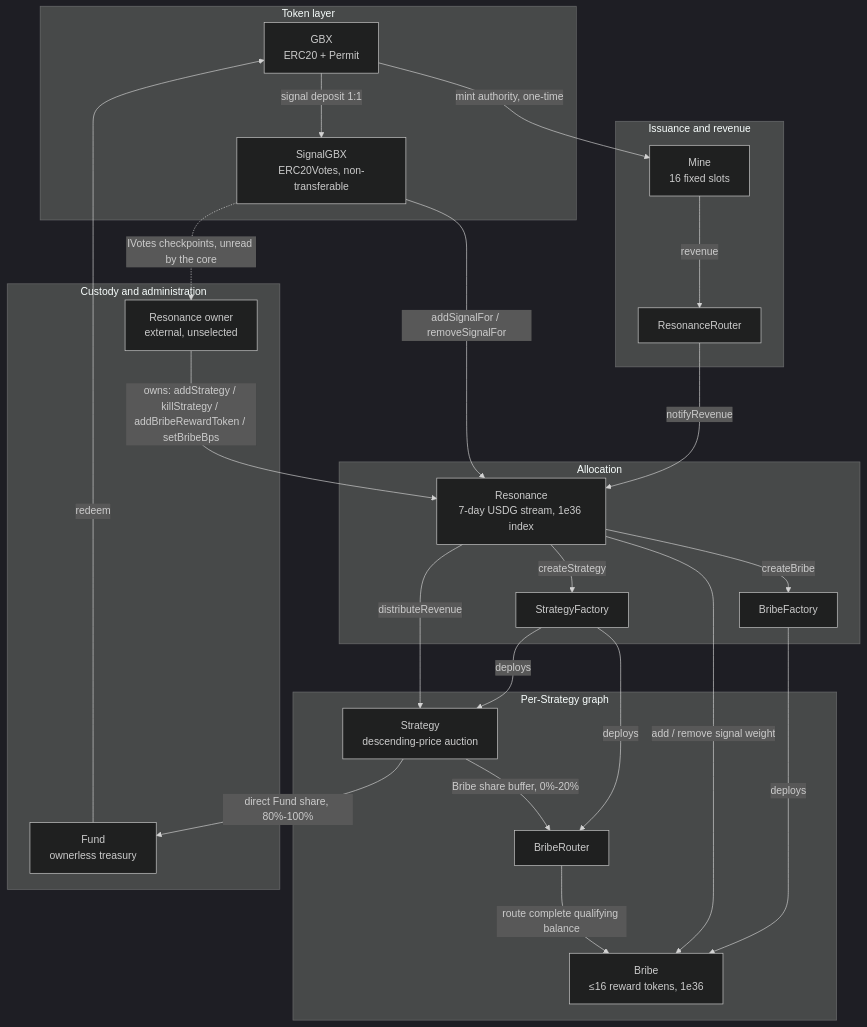
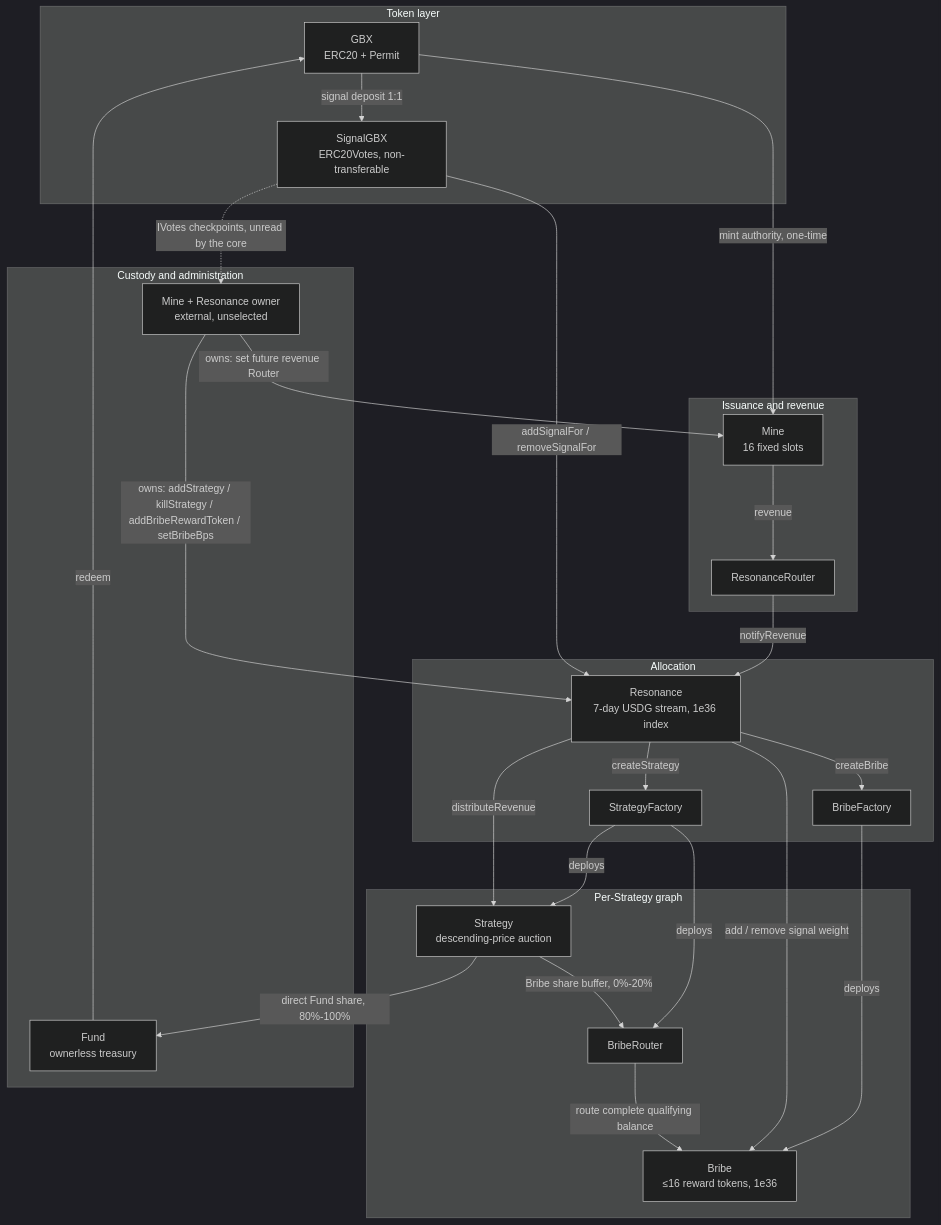
The diagram in docs/whitepapers/gumball-6900/whitepaper.md (Heesho/gumball6900), drawn with Mermaid (dark theme) before and after one commit. The commit also changed other lines of this file and 169 other files, not shown here.

````diff
--- a/docs/whitepapers/gumball-6900/whitepaper.md
+++ b/docs/whitepapers/gumball-6900/whitepaper.md
@@ -230,44 +238,45 @@
 ```mermaid
 flowchart TB
   subgraph Token["Token layer"]
     GBX[GBX<br/>ERC20 + Permit]
     SGBX[SignalGBX<br/>ERC20Votes, non-transferable]
   end
   subgraph Issue["Issuance and revenue"]
     MINE[Mine<br/>16 fixed slots]
     RR[ResonanceRouter]
   end
   subgraph Alloc["Allocation"]
     RES[Resonance<br/>7-day USDG stream, 1e36 index]
     SF[StrategyFactory]
     BF[BribeFactory]
   end
   subgraph Perstrat["Per-Strategy graph"]
     STR[Strategy<br/>descending-price auction]
     BR[BribeRouter]
     BRIBE[Bribe<br/>≤16 reward tokens, 1e36]
   end
   subgraph Custody["Custody and administration"]
     FUND[Fund<br/>ownerless treasury]
-    OWNER[Resonance owner<br/>external, unselected]
+    OWNER[Mine + Resonance owner<br/>external, unselected]
   end
 
   GBX -->|mint authority, one-time| MINE
   GBX -->|signal deposit 1:1| SGBX
   MINE -->|revenue| RR
   RR -->|notifyRevenue| RES
   SGBX -->|addSignalFor / removeSignalFor| RES
   SGBX -.->|IVotes checkpoints, unread by the core| OWNER
   RES -->|createStrategy| SF
   RES -->|createBribe| BF
   SF -->|deploys| STR
   SF -->|deploys| BR
   BF -->|deploys| BRIBE
   RES -->|distributeRevenue| STR
   RES -->|add / remove signal weight| BRIBE
   STR -->|Bribe share buffer, 0%-20%| BR
   STR -->|direct Fund share, 80%-100%| FUND
   BR -->|route complete qualifying balance| BRIBE
+  OWNER -->|owns: set future revenue Router| MINE
   OWNER -->|owns: addStrategy / killStrategy / addBribeRewardToken / setBribeBps| RES
   FUND -->|redeem| GBX
 ```
````
